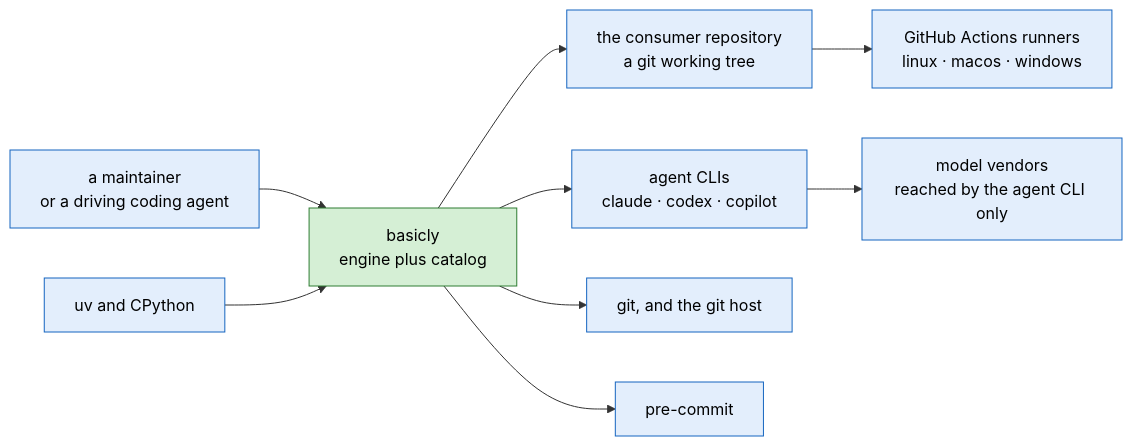
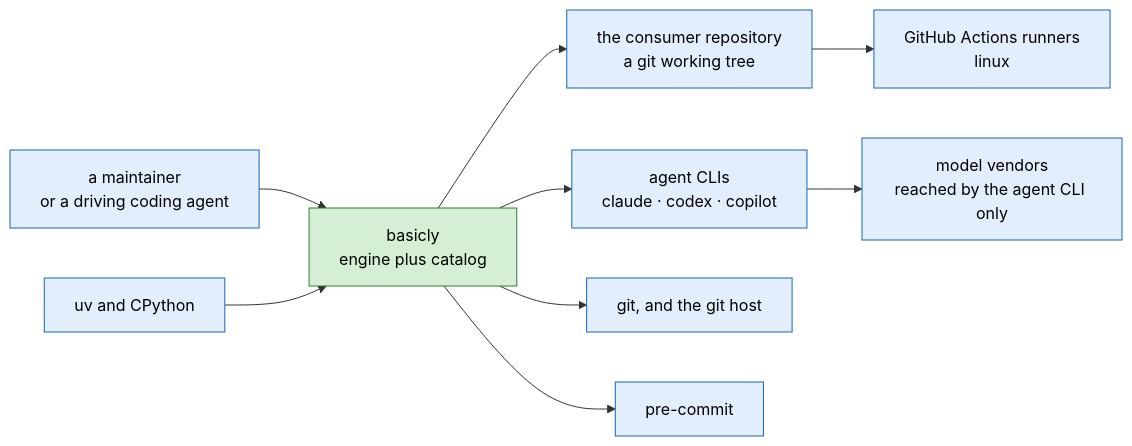
Before and after one commit to niksavis/basicly: the second of 17 diagrams in docs/architecture/architecture.md, drawn with Mermaid. The commit also changed other lines of this file and 8 other files, not shown here.

````diff
--- a/docs/architecture/architecture.md
+++ b/docs/architecture/architecture.md
@@ -218,26 +218,26 @@
 ```mermaid
 flowchart LR
   human["a maintainer<br/>or a driving coding agent"]
   sys["basicly<br/>engine plus catalog"]
   repo["the consumer repository<br/>a git working tree"]
   cli["agent CLIs<br/>claude · codex · copilot"]
   vendor["model vendors<br/>reached by the agent CLI only"]
   git["git, and the git host"]
-  ci["GitHub Actions runners<br/>linux · macos · windows"]
+  ci["GitHub Actions runners<br/>linux"]
   uv["uv and CPython"]
   pc["pre-commit"]
 
   human --> sys
   uv --> sys
   sys --> repo
   sys --> cli
   cli --> vendor
   sys --> git
   sys --> pc
   repo --> ci
 
   classDef shipped fill:#d5efd5,stroke:#2e7d32,color:#000
   classDef external fill:#e3eefc,stroke:#1565c0,color:#000
   class sys shipped
   class human,repo,cli,vendor,git,ci,uv,pc external
 ```
````
